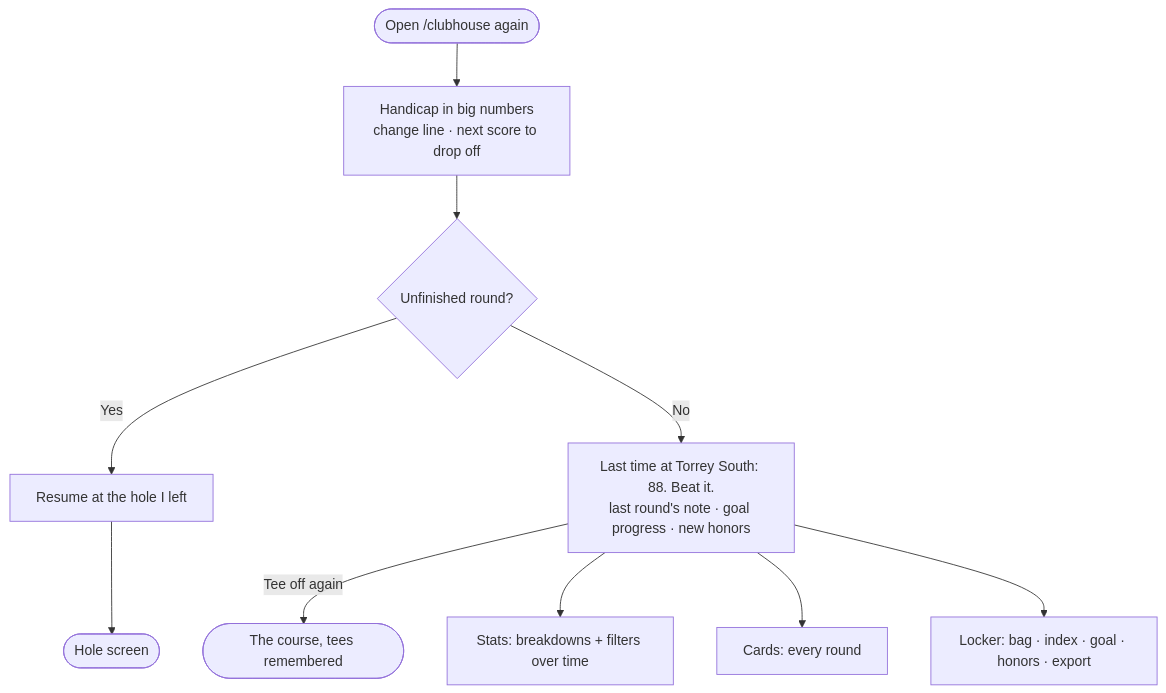
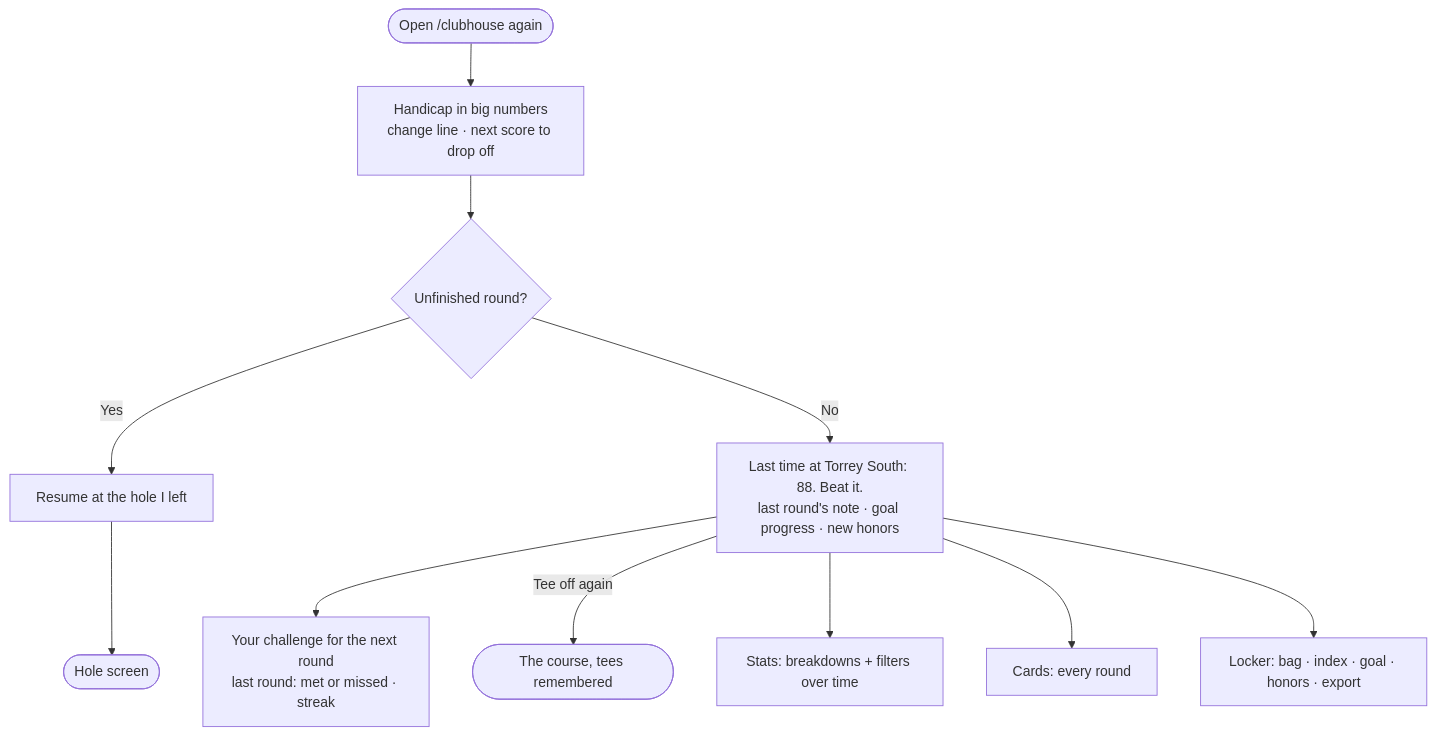
The third of 3 diagrams in README.md (hewittw/18-eagles), drawn with Mermaid before and after one commit. The commit also changed other lines of this file and 4 other files, not shown here.

First line of the commit message:
docs: first-visit flow with setup steps, reason-to-come-back and accessibility sections in the README

````diff
--- a/README.md
+++ b/README.md
@@ -63,11 +69,12 @@
 ```mermaid
 flowchart TD
   R0([Open /clubhouse again]) --> R1["Handicap in big numbers<br/>change line · next score to drop off"]
   R1 --> R2{"Unfinished round?"}
   R2 -- "Yes" --> R3["Resume at the hole I left"] --> R6([Hole screen])
   R2 -- "No" --> R4["Last time at Torrey South: 88. Beat it.<br/>last round's note · goal progress · new honors"]
+  R4 --> C1["Your challenge for the next round<br/>last round: met or missed · streak"]
   R4 -- "Tee off again" --> R5([The course, tees remembered])
   R4 --> T1["Stats: breakdowns + filters over time"]
   R4 --> H1["Cards: every round"]
   R4 --> K1["Locker: bag · index · goal · honors · export"]
 ```
````
